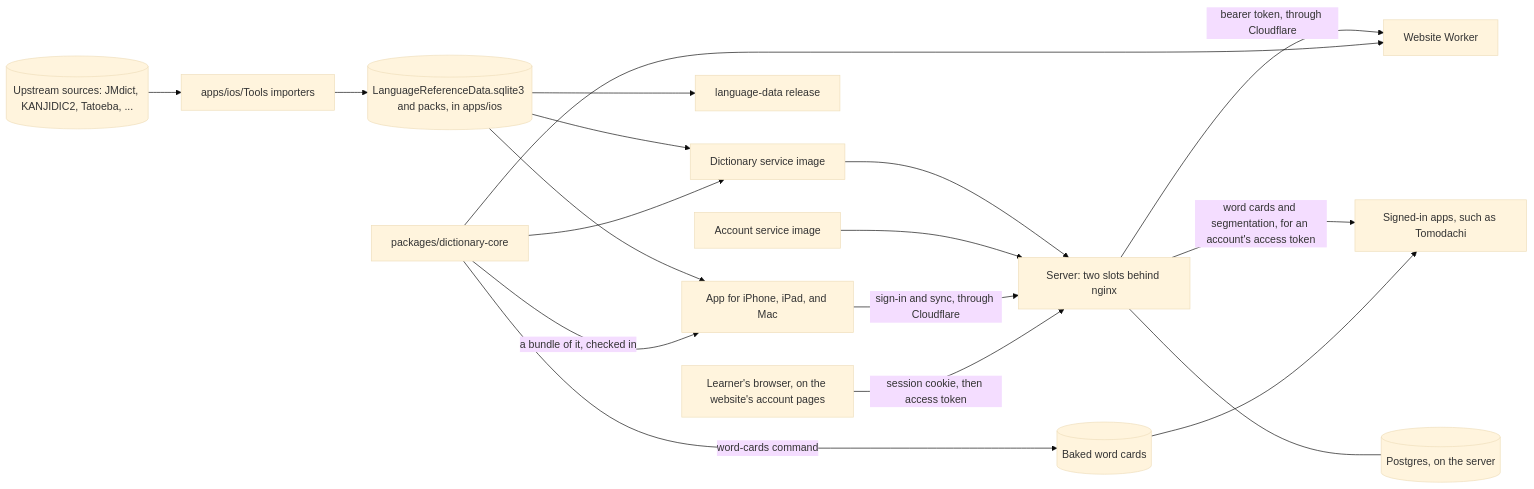
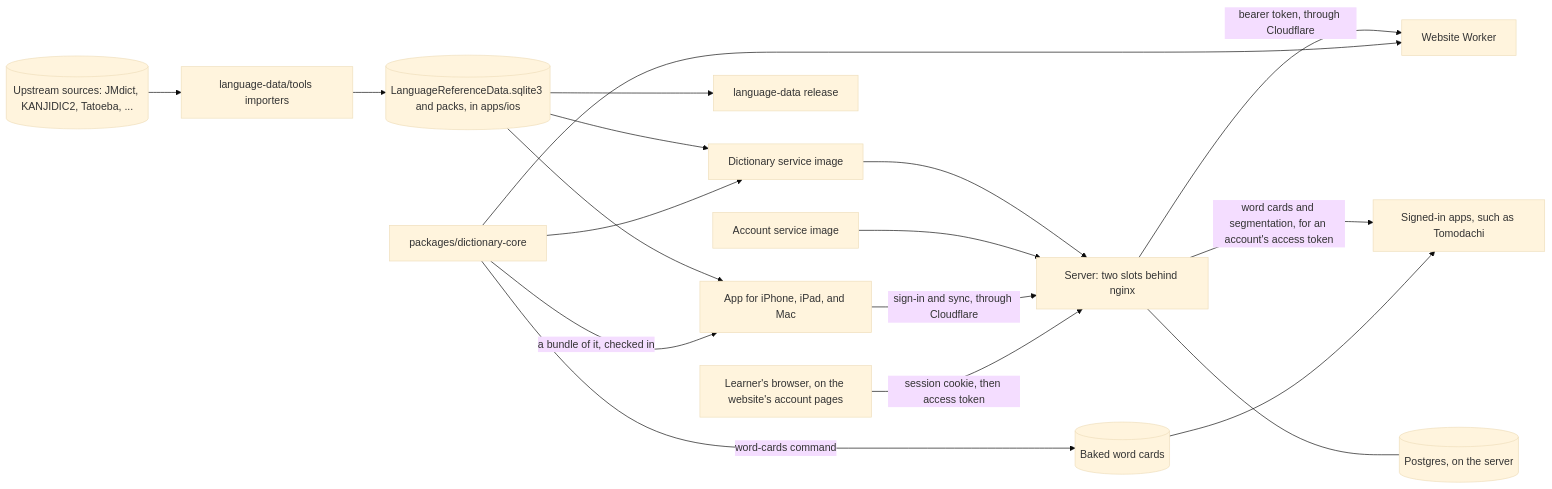
The diagram in ARCHITECTURE.md (serpcompany/zenbujapanese-monorepo), drawn with Mermaid (base theme) before and after one commit. The commit also changed other lines of this file and 49 other files, not shown here.

````diff
--- a/ARCHITECTURE.md
+++ b/ARCHITECTURE.md
@@ -22,20 +22,20 @@
 ```mermaid
 flowchart LR
-    Sources[("Upstream sources: JMdict, KANJIDIC2, Tatoeba, ...")] --> Tools["apps/ios/Tools importers"]
+    Sources[("Upstream sources: JMdict, KANJIDIC2, Tatoeba, ...")] --> Tools["language-data/tools importers"]
     Tools --> Data[("LanguageReferenceData.sqlite3 and packs, in apps/ios")]
     Data --> App["App for iPhone, iPad, and Mac"]
     Data --> Release["language-data release"]
     Data --> Image["Dictionary service image"]
     Core["packages/dictionary-core"] --> Image
     Core -->|"a bundle of it, checked in"| App
     Image --> Server["Server: two slots behind nginx"]
     Server -->|"bearer token, through Cloudflare"| Site["Website Worker"]
     Server -->|"word cards and segmentation, for an account's access token"| Apps["Signed-in apps, such as Tomodachi"]
     Core --> Site
     Core -->|"word-cards command"| Cards[("Baked word cards")]
     Cards --> Apps
     Accounts["Account service image"] --> Server
     App -->|"sign-in and sync, through Cloudflare"| Server
     Server --- Postgres[("Postgres, on the server")]
     Browser["Learner's browser, on the website's account pages"] -->|"session cookie, then access token"| Server
 ```
````
